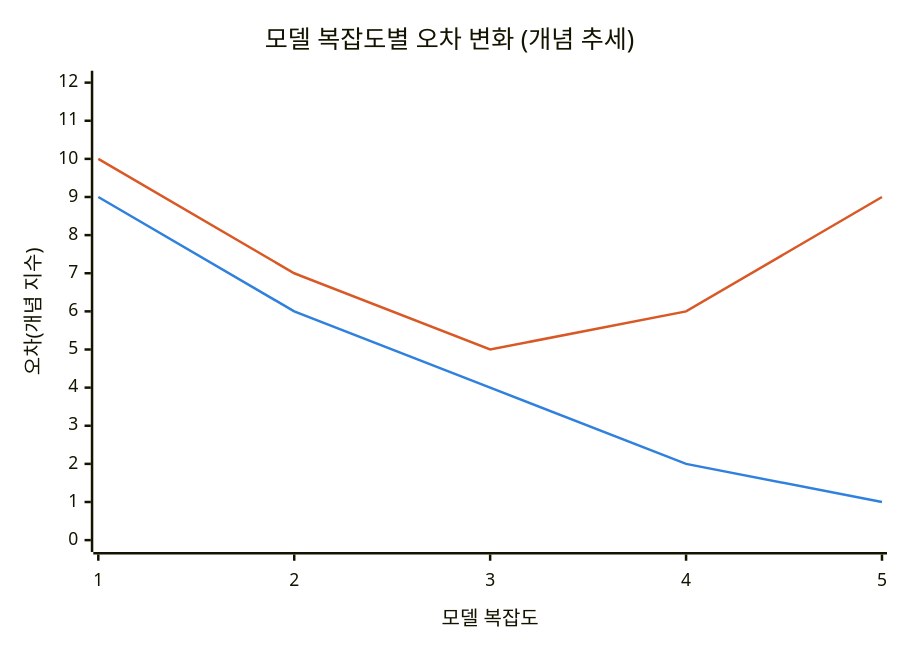
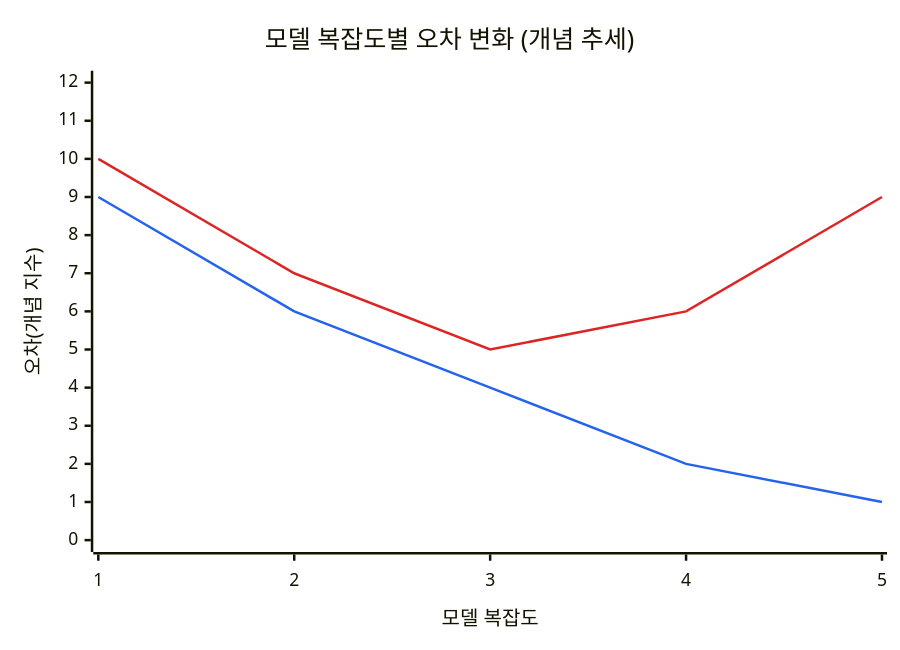
The first of 4 diagrams in src/content/docs/notes/01-basic-theory/039_overfitting_bias_variance.md (agnusdei1207/knowledge-base), drawn with Mermaid before and after one commit. The commit also changed other lines of this file and 20 other files, not shown here.

````diff
--- a/src/content/docs/notes/01-basic-theory/039_overfitting_bias_variance.md
+++ b/src/content/docs/notes/01-basic-theory/039_overfitting_bias_variance.md
@@ -53,9 +53,14 @@
 ```mermaid
-%%{init: {"themeVariables": {"xyChart": {"plotColorPalette": "#3080dd, #d95926"}}} }%%
+---
+config:
+  themeVariables:
+    xyChart:
+      plotColorPalette: "#2563EB, #DC2626"
+---
 xychart-beta
     title "모델 복잡도별 오차 변화 (개념 추세)"
     x-axis "모델 복잡도" [1, 2, 3, 4, 5]
     y-axis "오차(개념 지수)" 0 --> 12
     line [9, 6, 4, 2, 1]
     line [10, 7, 5, 6, 9]
 ```
````
